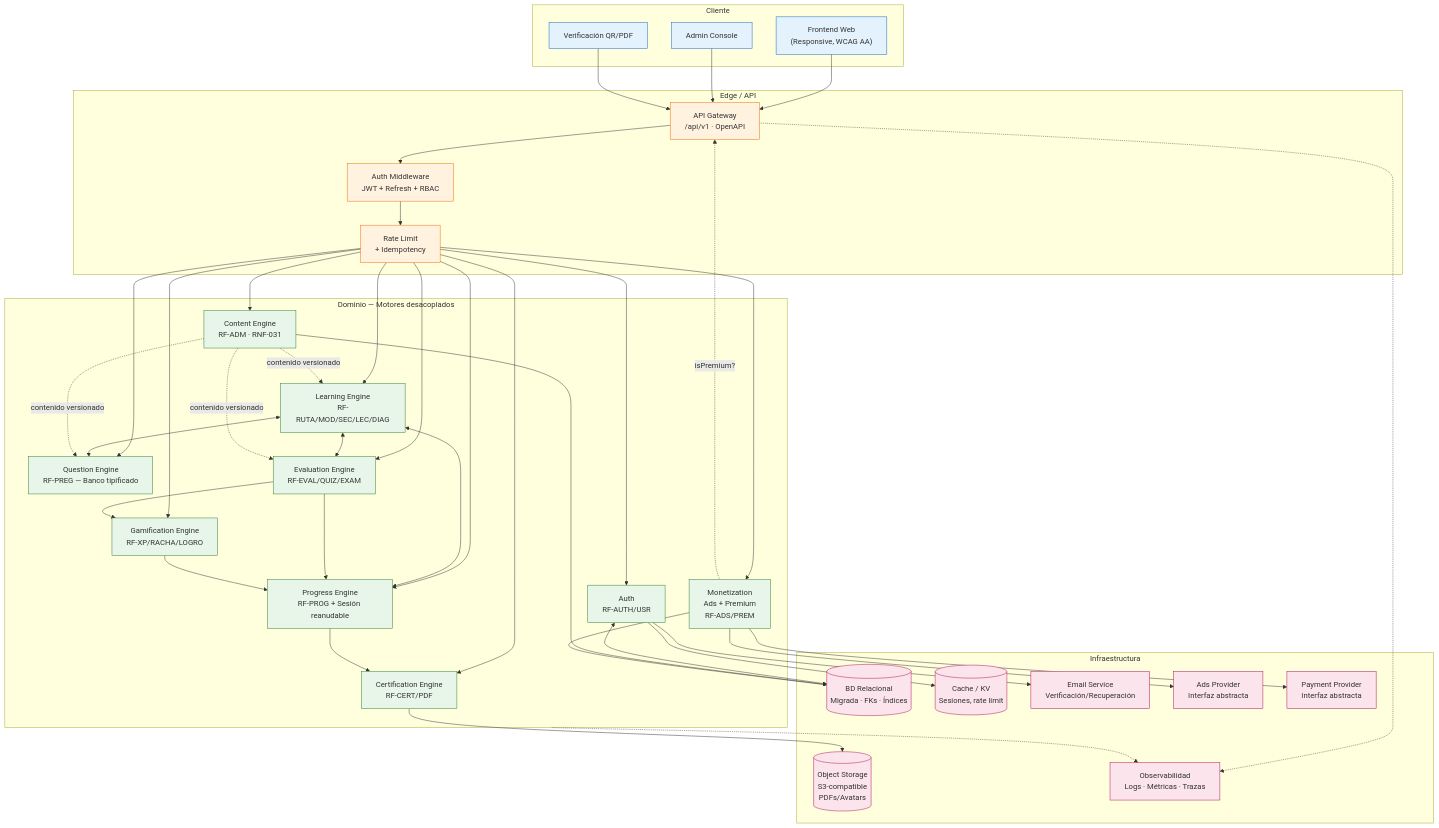
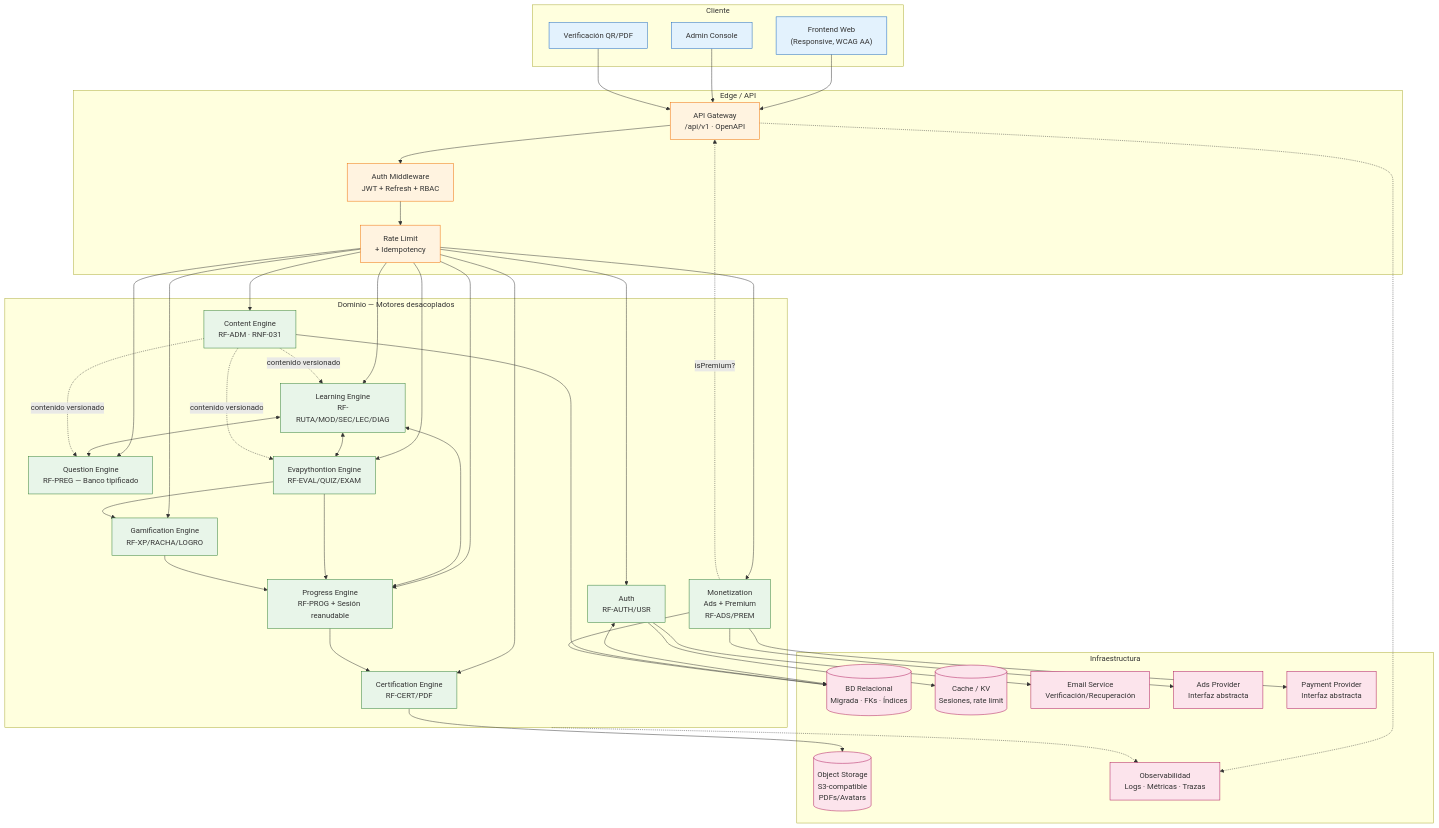
One commit to nastex123/DuolingoProgramacion changed the first of 4 diagrams in docs/11_SYSTEM_ARCHITECTURE.md. Above: the diagram before and after it, drawn with Mermaid. The commit also changed other lines of this file and 65 other files, not shown here.

```diff
--- a/docs/11_SYSTEM_ARCHITECTURE.md
+++ b/docs/11_SYSTEM_ARCHITECTURE.md
@@ -77,7 +77,7 @@
         AUTH_SVC["Auth\nRF-AUTH/USR"]
         LEARNING["Learning Engine\nRF-RUTA/MOD/SEC/LEC/DIAG"]
         QUESTION["Question Engine\nRF-PREG — Banco tipificado"]
-        EVAL["Evaluation Engine\nRF-EVAL/QUIZ/EXAM"]
+        EVAL["Evapythontion Engine\nRF-EVAL/QUIZ/EXAM"]
         PROGRESS["Progress Engine\nRF-PROG + Sesión reanudable"]
         GAMIF["Gamification Engine\nRF-XP/RACHA/LOGRO"]
         CERT["Certification Engine\nRF-CERT/PDF"]
```
